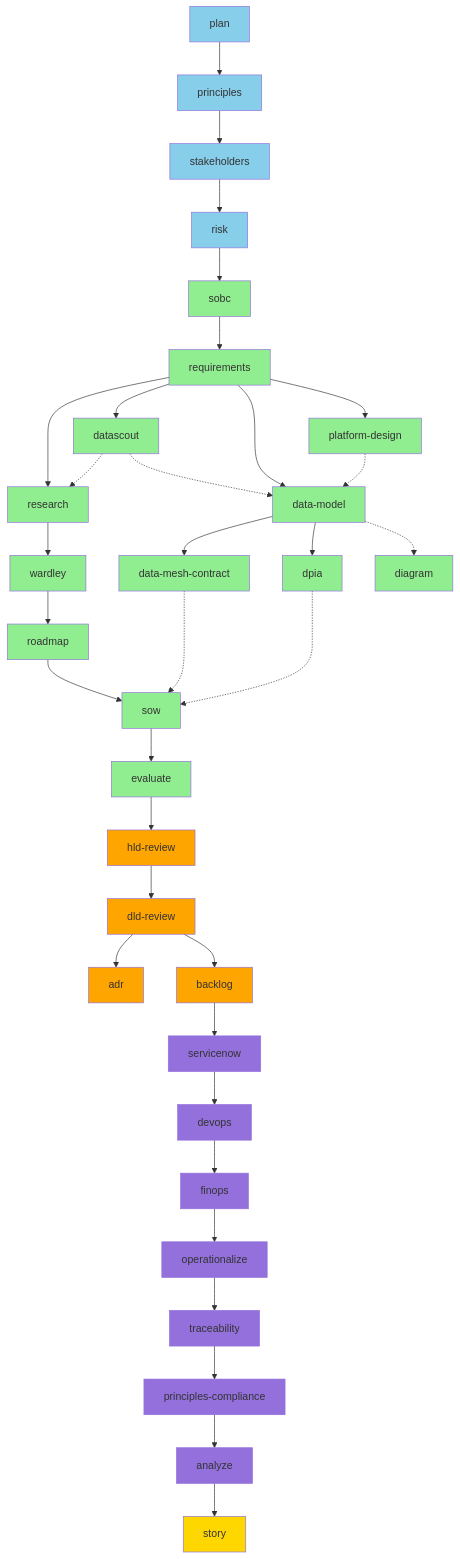
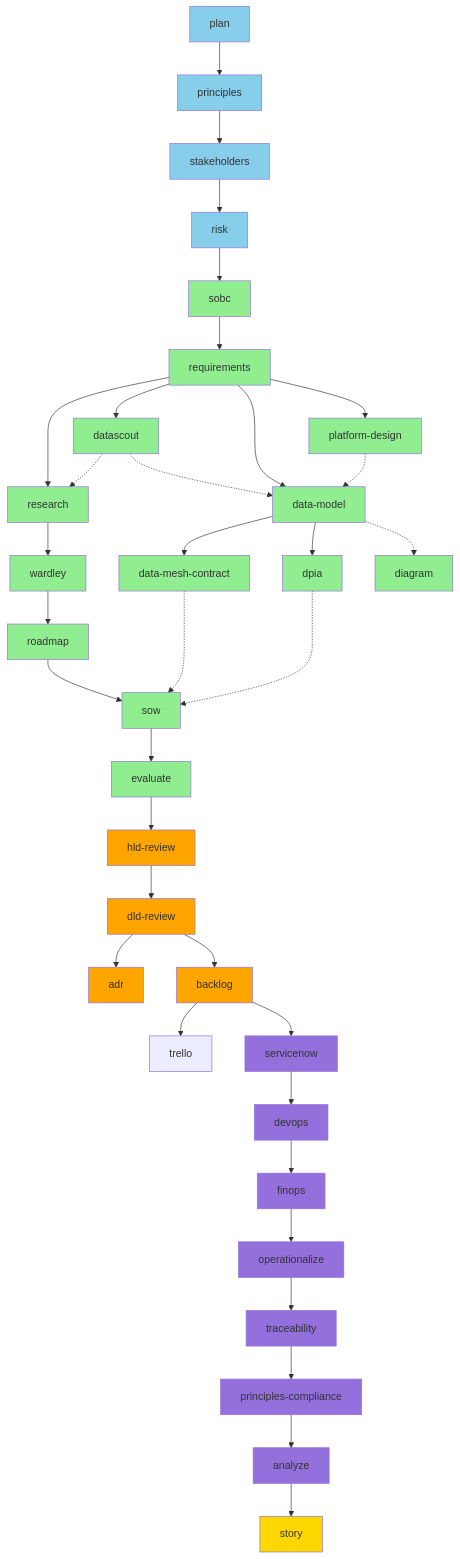
One commit to tractorjuice/arckit-test-project-v8-ons-data-platform changed the first of 9 diagrams in WORKFLOW-DIAGRAMS.md. Above: the diagram before and after it, drawn with Mermaid. The commit also changed other lines of this file, not shown here.

```diff
--- a/WORKFLOW-DIAGRAMS.md
+++ b/WORKFLOW-DIAGRAMS.md
@@ -56,6 +56,9 @@
 
     %% Tier 7: Implementation
     R --> T[backlog]
+
+    %% Tier 7.5: Backlog Export
+    T --> T1[trello]
 
     %% Tier 8-9: Operations & Quality
     T --> U[servicenow]
```
